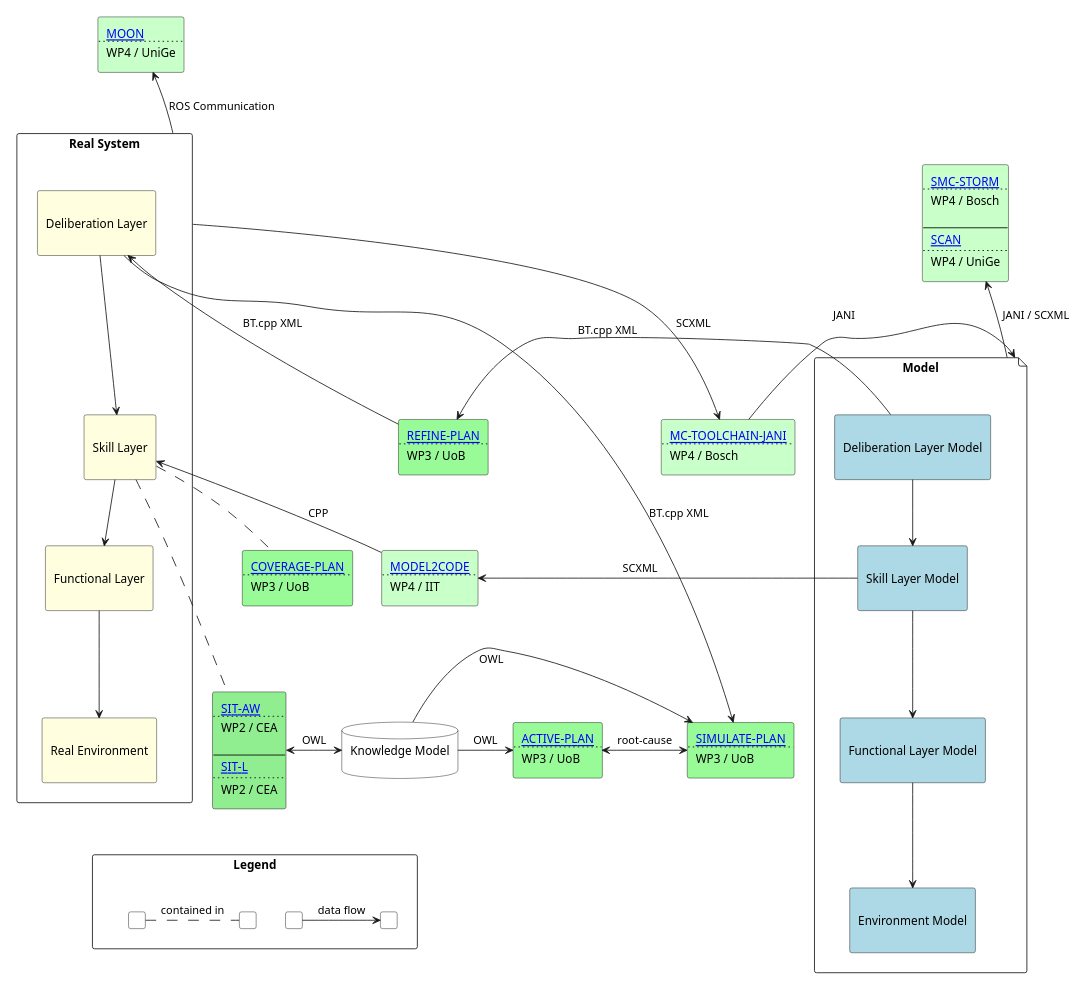
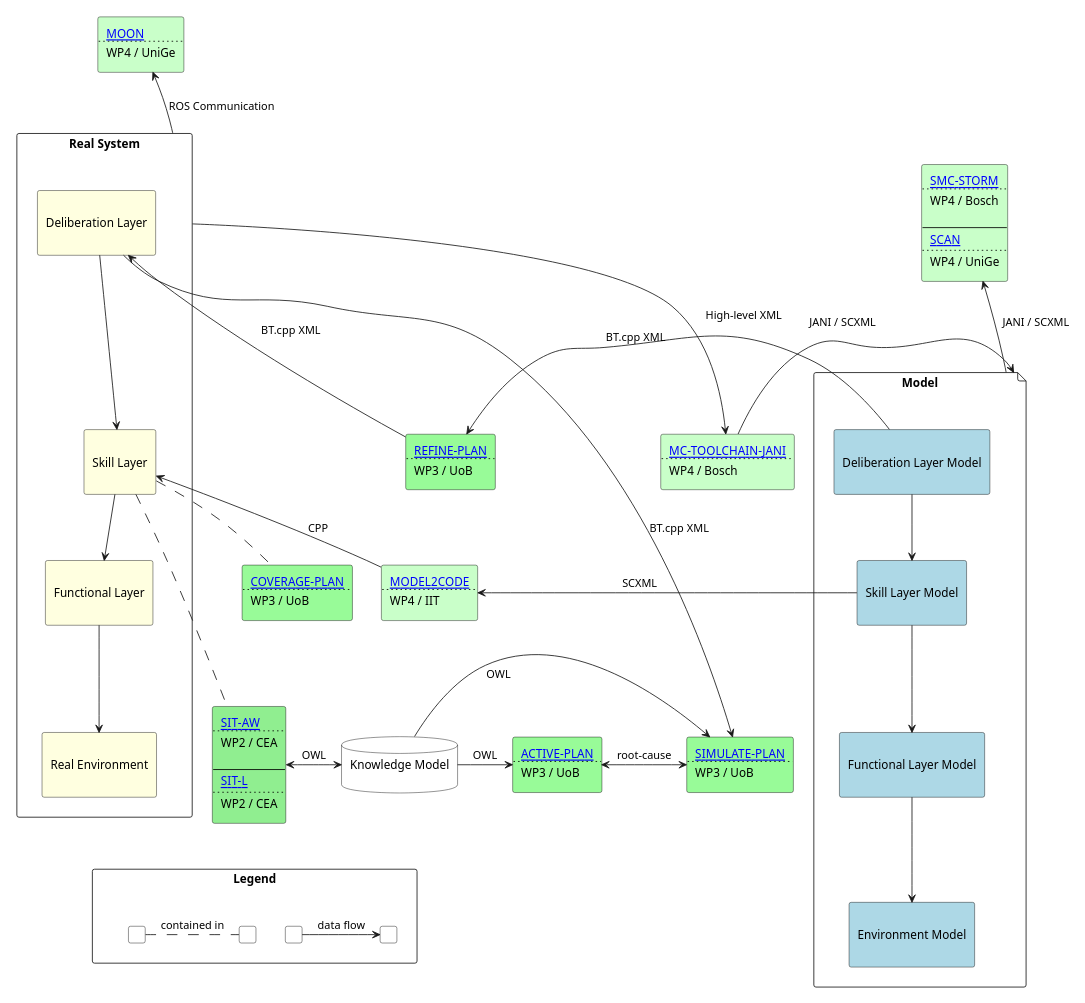
The diagram in docs/source/overview.plantuml (convince-project/overview), drawn with PlantUML before and after one commit.

Commit message:
changes from recent tuesday meeting

```diff
--- a/docs/source/overview.plantuml
+++ b/docs/source/overview.plantuml
@@ -1,148 +1,148 @@
 @startuml overview
 scale 700 width
 
 skinparam agent {
     BackgroundColor White
     BorderColor Black
 }
 skinparam database {
     BackgroundColor White
     BorderColor Black
 }
 
 rectangle "Real System" as r {
     agent "\nDeliberation Layer\n" as rdelib #LightYellow
     agent "\nSkill Layer\n" as rskill #LightYellow
     agent "\nFunctional Layer\n" as rfunc #LightYellow
     agent "\nReal Environment\n" as renv #LightYellow
 
     rdelib --> rskill
     rskill --> rfunc
     rfunc --> renv
 }
 
 file "Model" as m {
     agent "\nDeliberation Layer Model\n" as mdelib #LightBlue
     agent "\nSkill Layer Model\n" as mskill #LightBlue
     agent "\nFunctional Layer Model\n" as mfunc #LightBlue
     agent "\nEnvironment Model\n" as menv #LightBlue
 
     mdelib --> mskill
     mskill --> mfunc
     mfunc --> menv
 }
 
 database "Knowledge Model\n" as k 
 
 ' WP2
 
 agent sitaw #LightGreen [
 [[https://convince-project.github.io/overview/#sit-aw SIT-AW]]
 ....
 WP2 / CEA
 
 ----
 [[https://convince-project.github.io/overview/#id1 SIT-L]]
 ....
 WP2 / CEA
 ]
 ' }
 
 renv -[hidden]> sitaw
 rskill .. sitaw
 sitaw <-> k : OWL
 
 
 ' WP3
 
 agent refineplan #PaleGreen [
 [[https://convince-project.github.io/overview/#refine-plan REFINE-PLAN]]
 ....
 WP3 / UoB
 ] 
 agent coverageplan #PaleGreen [
 [[https://convince-project.github.io/overview/#coverage-plan COVERAGE-PLAN]]
 ....
 WP3 / UoB
 ]
 agent activeplan #PaleGreen [
 [[https://convince-project.github.io/overview/#active-plan-and-simulate-plan ACTIVE-PLAN]]
 ....
 WP3 / UoB
 ] 
 agent simulateplan #PaleGreen [
 [[https://convince-project.github.io/overview/#active-plan-and-simulate-plan SIMULATE-PLAN]]
 ....
 WP3 / UoB
 ] 
 
 rskill .. coverageplan
 rfunc -[hidden]> coverageplan
 activeplan <-> simulateplan : root-cause
 mdelib -> refineplan : "\nBT.cpp XML"
 refineplan -> rdelib : "BT.cpp XML"
 rdelib -> simulateplan : "BT.cpp XML"
 k -> simulateplan : "\nOWL"
 k -> activeplan : OWL
 
 ' WP4
 
 agent moon #TECHNOLOGY [
 [[https://convince-project.github.io/overview/#moon MOON]]
 ....
 WP4 / UniGe
 ]
 ' ]
 agent stormscan #TECHNOLOGY [
 [[https://convince-project.github.io/overview/#smc-storm SMC-STORM]]
 ....
 WP4 / Bosch
 
 ----
 [[https://convince-project.github.io/overview/#scan SCAN]]
 ....
 WP4 / UniGe
 ]
 agent jani #TECHNOLOGY [
 [[https://convince-project.github.io/overview/#mc-toolchain-jani MC-TOOLCHAIN-JANI]]
 ....
 WP4 / Bosch
 ]
 agent modeltocode #TECHNOLOGY [
 [[https://convince-project.github.io/overview/#model2code MODEL2CODE]]
 ....
 WP4 / IIT
 ]
 
 moon -[hidden]-> rdelib
 moon <-- r : ROS Communication
 
 stormscan -[hidden]-> mdelib
 stormscan <-- m : "JANI / SCXML\n"
 
-r -> jani : "SCXML"
-jani -> m : "JANI\n"
+r -> jani : "High-level XML\n\n"
+jani -> m : "JANI / SCXML\n"
 rskill <- modeltocode : "CPP"
 modeltocode <- mskill : "SCXML\t\t\t"
 coverageplan -[hidden]> modeltocode
 
 refineplan -[hidden]-> modeltocode
 
 
 rectangle Legend as legend {
     agent a [
     ]
     agent b [
     ]
     a -> b : "data flow"
 
     agent c [
     ]
     agent d [
     ]
     c . d : "contained in"
 }
 
 renv -[hidden]-> legend
 
 @enduml
```
